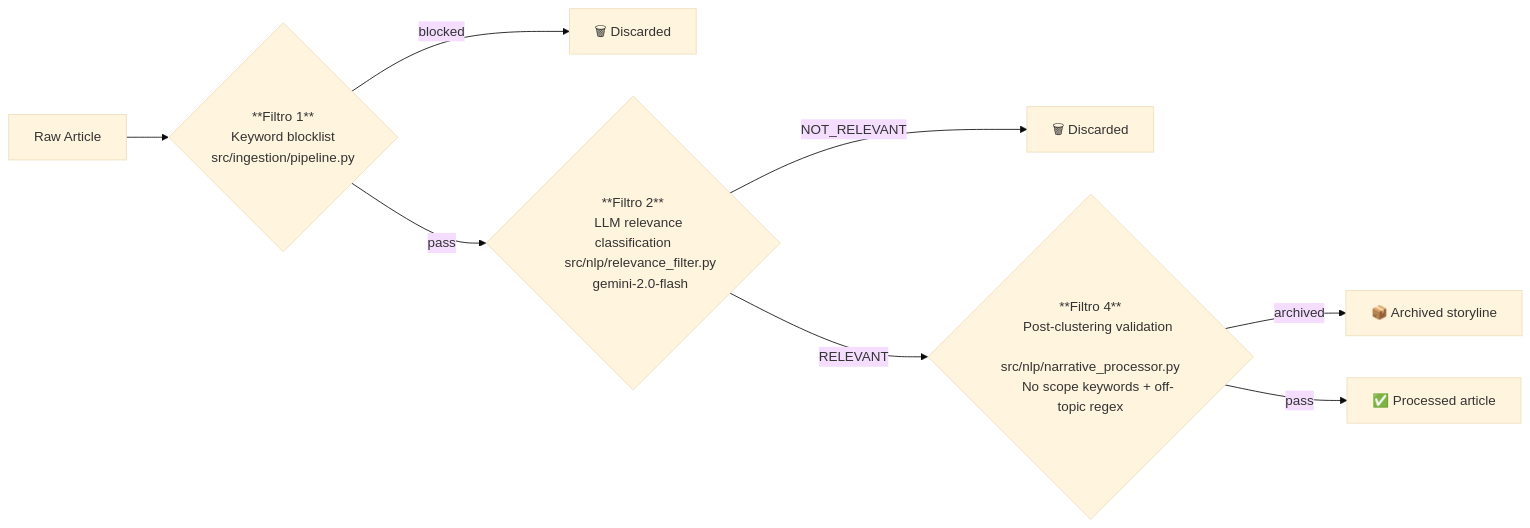
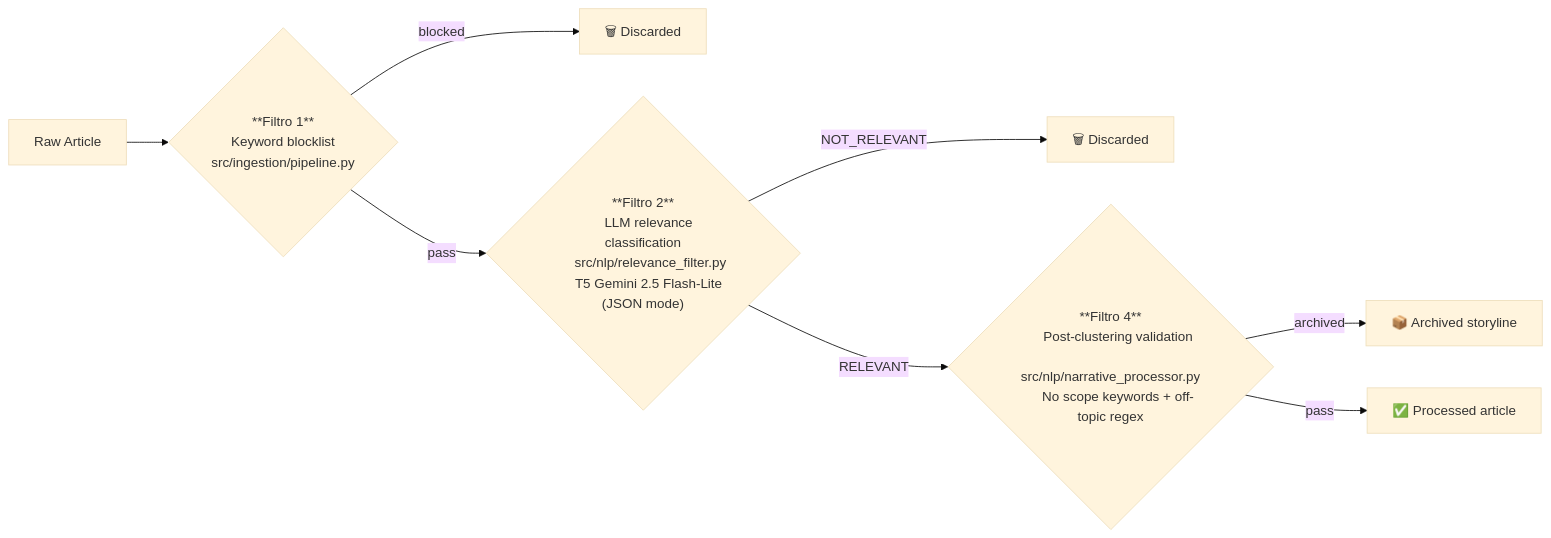
One commit to TommasoFazzi/MACROINTEL changed the third of 3 diagrams in docs/architecture/01_pipeline.md. Above: the diagram before and after it, drawn with Mermaid (base theme). The commit also changed other lines of this file and 14 other files, not shown here.

````diff
--- a/docs/architecture/01_pipeline.md
+++ b/docs/architecture/01_pipeline.md
@@ -171,24 +190,24 @@
 ```mermaid
 flowchart LR
     ART[Raw Article] --> F1
 
     F1{"**Filtro 1**
     Keyword blocklist
     src/ingestion/pipeline.py"}
     F1 -- blocked --> BIN1[🗑 Discarded]
     F1 -- pass --> F2
 
     F2{"**Filtro 2**
     LLM relevance classification
     src/nlp/relevance_filter.py
-    gemini-2.0-flash"}
+    T5 Gemini 2.5 Flash-Lite (JSON mode)"}
     F2 -- NOT_RELEVANT --> BIN2[🗑 Discarded]
     F2 -- RELEVANT --> F4
 
     F4{"**Filtro 4**
     Post-clustering validation
     src/nlp/narrative_processor.py
     No scope keywords + off-topic regex"}
     F4 -- archived --> BIN4[📦 Archived storyline]
     F4 -- pass --> OK[✅ Processed article]
 ```
````
